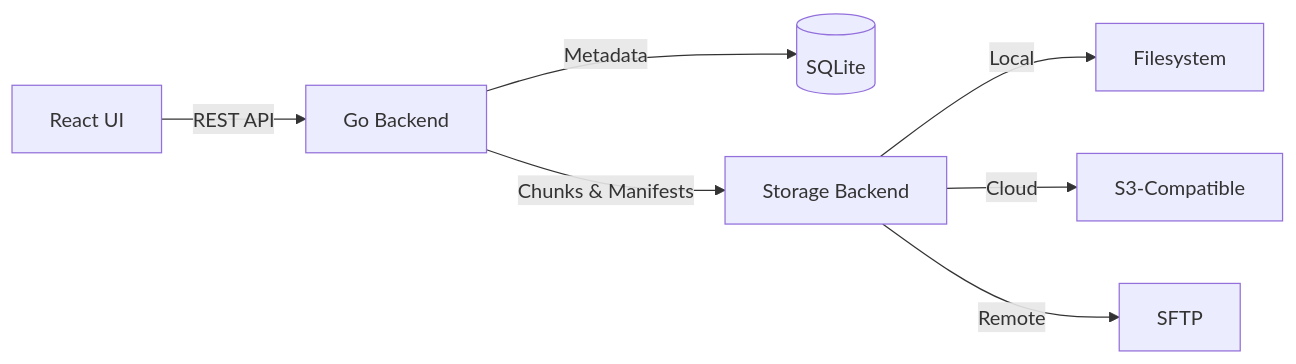
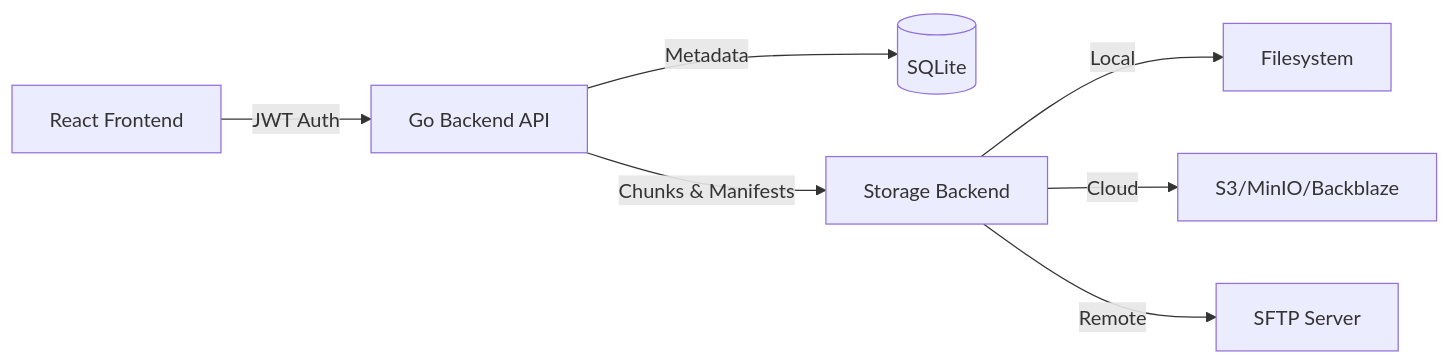
One commit to axelfrache/savesync changed the diagram in README.md. Above: the diagram before and after it, drawn with Mermaid. The commit also changed other lines of this file, not shown here.

````diff
--- a/README.md
+++ b/README.md
@@ -51,9 +39,9 @@
 ```mermaid
 graph LR
-    A[React UI] -->|REST API| B[Go Backend]
+    A[React Frontend] -->|JWT Auth| B[Go Backend API]
     B -->|Metadata| C[(SQLite)]
     B -->|Chunks & Manifests| D[Storage Backend]
     D -->|Local| E[Filesystem]
-    D -->|Cloud| F[S3-Compatible]
-    D -->|Remote| G[SFTP]
+    D -->|Cloud| F[S3/MinIO/Backblaze]
+    D -->|Remote| G[SFTP Server]
 ```
````
